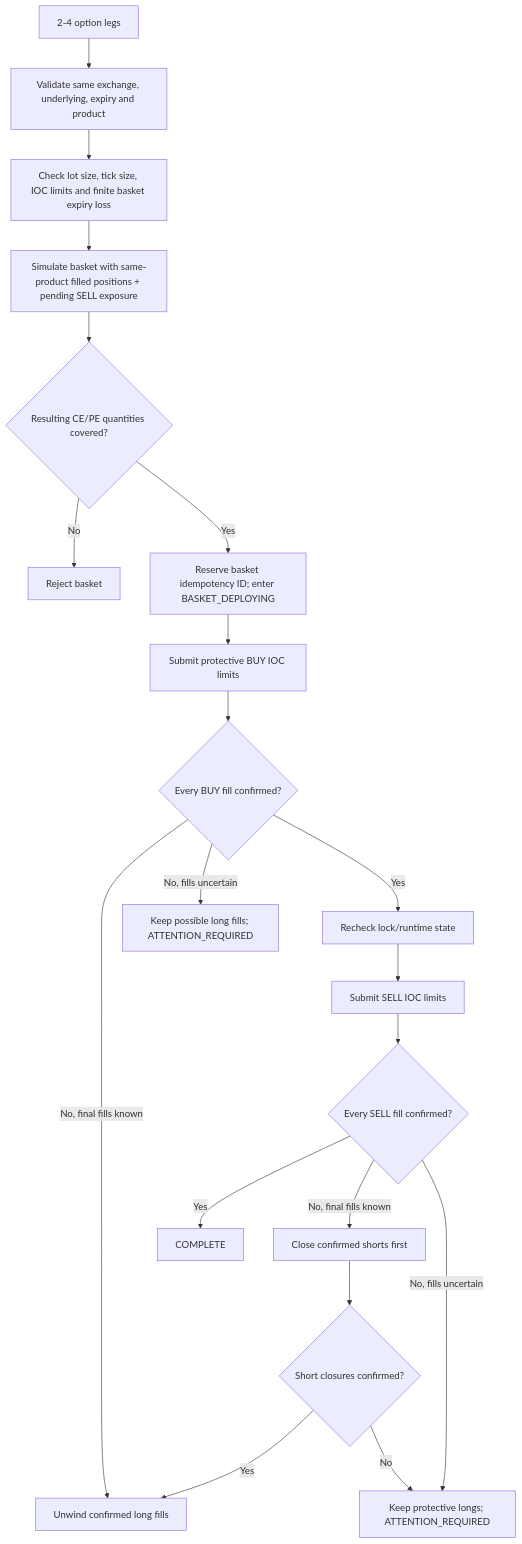
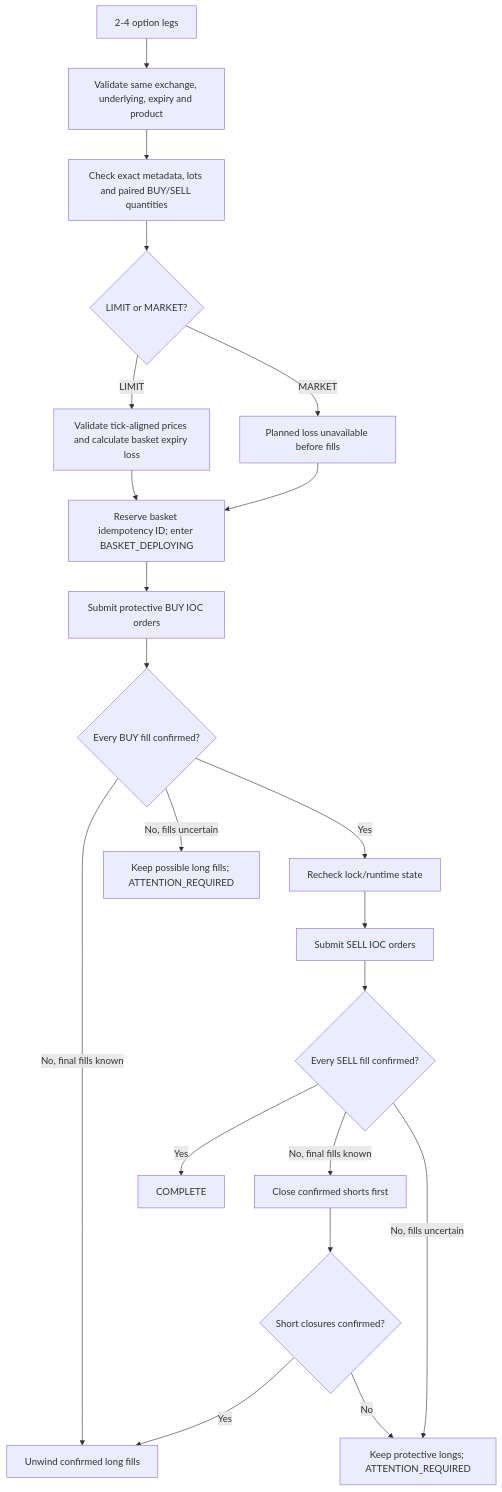
One commit to 100xRahul/tradeguardian-zerodha-fno-discipline changed the fourth of 5 diagrams in PRODUCT.md. Above: the diagram before and after it, drawn with Mermaid. The commit also changed other lines of this file and 22 other files, not shown here.

````diff
--- a/PRODUCT.md
+++ b/PRODUCT.md
@@ -76,22 +86,23 @@
 ```mermaid
 flowchart TD
     A["2-4 option legs"] --> B["Validate same exchange, underlying, expiry and product"]
-    B --> C["Check lot size, tick size, IOC limits and finite basket expiry loss"]
-    C --> D["Simulate basket with same-product filled positions + pending SELL exposure"]
-    D --> E{"Resulting CE/PE quantities covered?"}
-    E -- No --> R["Reject basket"]
-    E -- Yes --> F["Reserve basket idempotency ID; enter BASKET_DEPLOYING"]
-    F --> G["Submit protective BUY IOC limits"]
-    G --> H{"Every BUY fill confirmed?"}
+    B --> C["Check exact metadata, lots and paired BUY/SELL quantities"]
+    C --> D{"LIMIT or MARKET?"}
+    D -- LIMIT --> E["Validate tick-aligned prices and calculate basket expiry loss"]
+    D -- MARKET --> F["Planned loss unavailable before fills"]
+    E --> G["Reserve basket idempotency ID; enter BASKET_DEPLOYING"]
+    F --> G
+    G --> H1["Submit protective BUY IOC orders"]
+    H1 --> H{"Every BUY fill confirmed?"}
     H -- No, final fills known --> L["Unwind confirmed long fills"]
     H -- No, fills uncertain --> A1["Keep possible long fills; ATTENTION_REQUIRED"]
     H -- Yes --> I["Recheck lock/runtime state"]
-    I --> J["Submit SELL IOC limits"]
+    I --> J["Submit SELL IOC orders"]
     J --> K{"Every SELL fill confirmed?"}
     K -- Yes --> OK["COMPLETE"]
     K -- No, final fills known --> S1["Close confirmed shorts first"]
     S1 --> S2{"Short closures confirmed?"}
     S2 -- Yes --> L
     S2 -- No --> A2["Keep protective longs; ATTENTION_REQUIRED"]
     K -- No, fills uncertain --> A2
 ```
````
